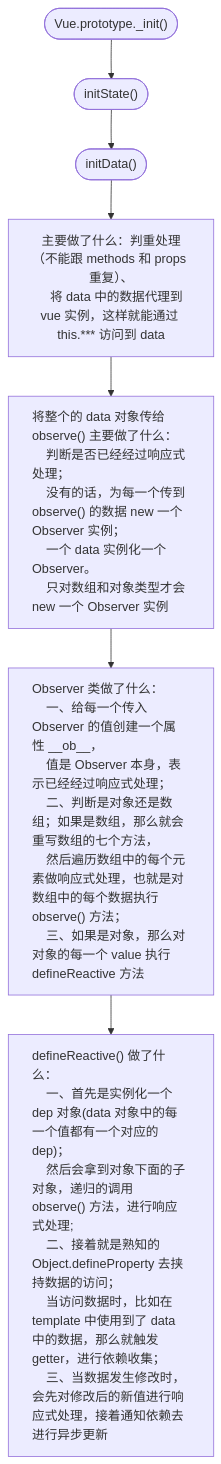
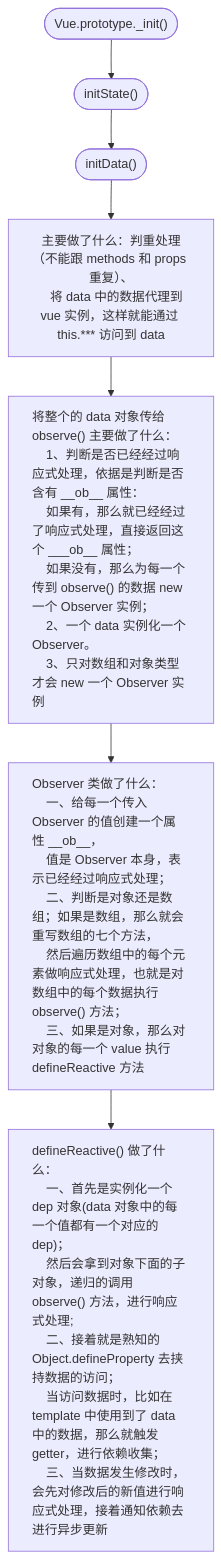
Before and after one commit to z-lunaticasylum/personalBlog: the second of 3 diagrams in vueCore/vue2-core-1.md, drawn with Mermaid. The commit also changed other lines of this file and 6 other files, not shown here.

````diff
--- a/vueCore/vue2-core-1.md
+++ b/vueCore/vue2-core-1.md
@@ -30,28 +31,29 @@
 ```mermaid
 flowchart TB
     style H text-align:left;
     style G text-align:left;
     style F text-align:left;
     A(["Vue.prototype._init()"])-->
     B(["initState()"])-->
     C(["initData() "])-->
     D["主要做了什么：判重处理（不能跟 methods 和 props 重复）、
     将 data 中的数据代理到 vue 实例，这样就能通过 this.*** 访问到 data"]-->
     F["将整个的 data 对象传给 observe() 主要做了什么：
-    判断是否已经经过响应式处理；
-    没有的话，为每一个传到 observe() 的数据 new 一个 Observer 实例；
-    一个 data 实例化一个 Observer。
-    只对数组和对象类型才会 new 一个 Observer 实例"]-->
+    1、判断是否已经经过响应式处理，依据是判断是否含有 __ob__ 属性：
+    如果有，那么就已经经过了响应式处理，直接返回这个 ___ob__ 属性；
+    如果没有，那么为每一个传到 observe() 的数据 new 一个 Observer 实例；
+    2、一个 data 实例化一个 Observer。
+    3、只对数组和对象类型才会 new 一个 Observer 实例"]-->
     G[" Observer 类做了什么：
     一、给每一个传入 Observer 的值创建一个属性 __ob__，
     值是 Observer 本身，表示已经经过响应式处理；
     二、判断是对象还是数组；如果是数组，那么就会重写数组的七个方法，
     然后遍历数组中的每个元素做响应式处理，也就是对数组中的每个数据执行 observe() 方法；
     三、如果是对象，那么对对象的每一个 value 执行 defineReactive 方法"]-->
     H["defineReactive() 做了什么：
     一、首先是实例化一个 dep 对象(data 对象中的每一个值都有一个对应的 dep)；
     然后会拿到对象下面的子对象，递归的调用 observe() 方法，进行响应式处理;
     二、接着就是熟知的 Object.defineProperty 去挟持数据的访问；
     当访问数据时，比如在 template 中使用到了 data 中的数据，那么就触发 getter，进行依赖收集；
     三、当数据发生修改时，会先对修改后的新值进行响应式处理，接着通知依赖去进行异步更新"]
 ```
````
